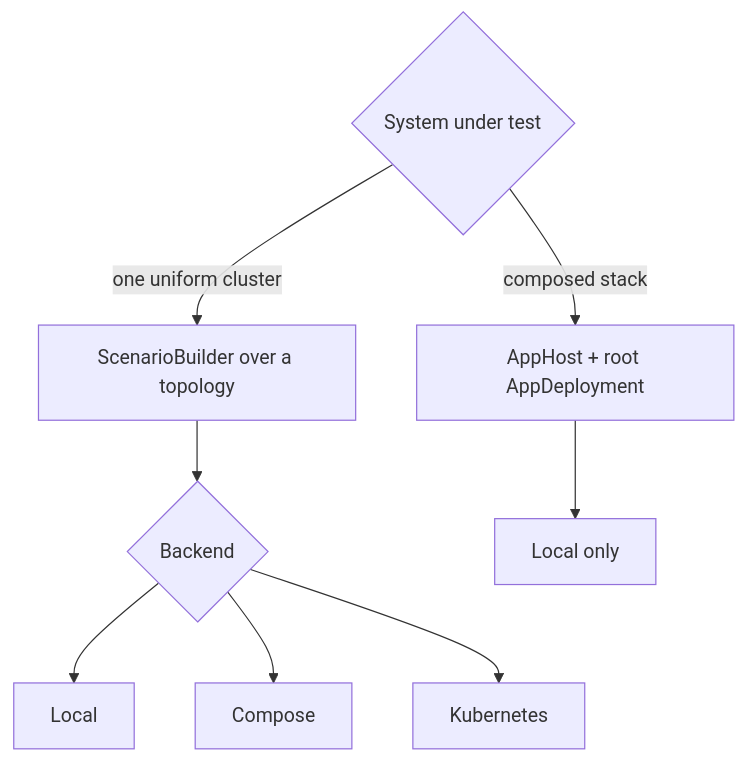
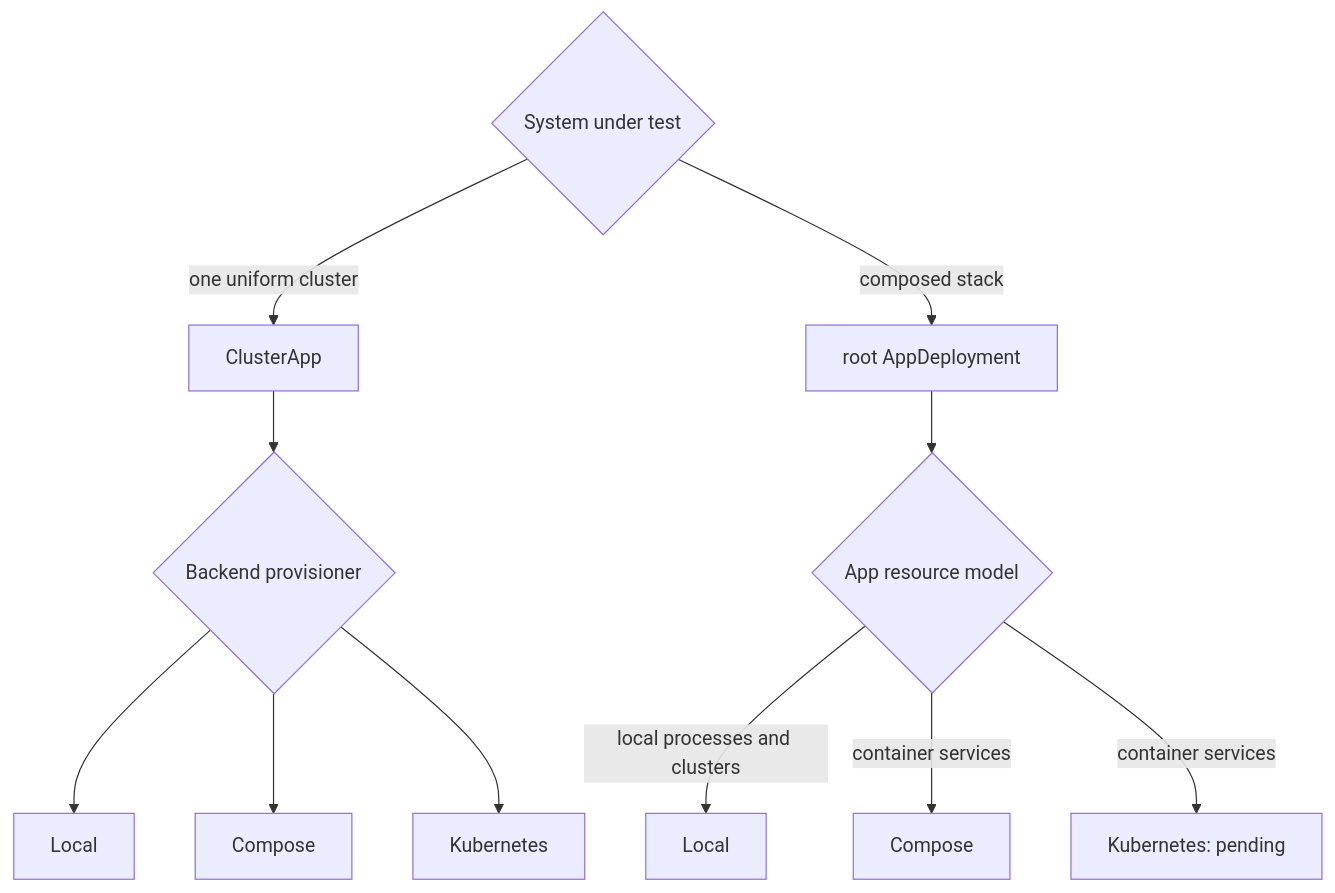
Before and after one commit to logos-blockchain/logos-blockchain-testing: the diagram in book/src/app-backend-scope.md, drawn with Mermaid. The commit also changed other lines of this file and 47 other files, not shown here.

Commit message:
docs: document the unified app composition model

````diff
--- a/book/src/app-backend-scope.md
+++ b/book/src/app-backend-scope.md
@@ -31,10 +31,13 @@
 ```mermaid
 flowchart TD
-    Q{System under test} -->|one uniform cluster| U[ScenarioBuilder over a topology]
-    Q -->|composed stack| A[AppHost + root AppDeployment]
-    U --> B{Backend}
+    Q{System under test} -->|one uniform cluster| U[ClusterApp]
+    Q -->|composed stack| A[root AppDeployment]
+    U --> B{Backend provisioner}
     B --> L1[Local]
     B --> C1[Compose]
     B --> K1[Kubernetes]
-    A --> L2[Local only]
+    A --> AB{App resource model}
+    AB -->|local processes and clusters| L2[Local]
+    AB -->|container services| C2[Compose]
+    AB -->|container services| K2[Kubernetes: pending]
 ```
````
